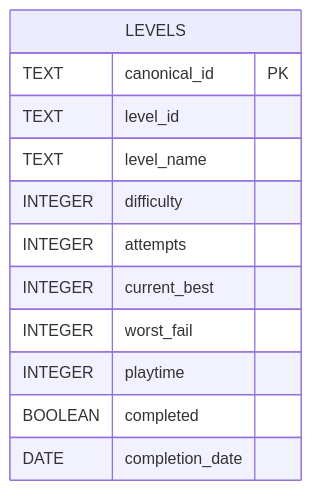
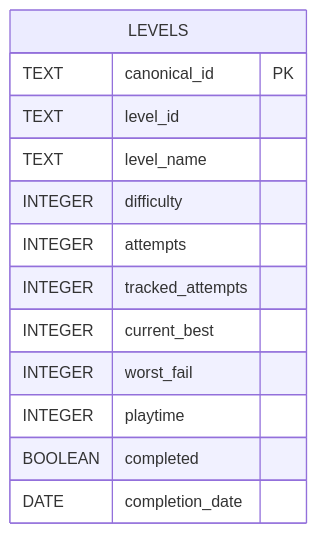
One commit to LeviTemoteo/gd-Pipeline changed the diagram in docs/database.md. Above: the diagram before and after it, drawn with Mermaid. The commit also changed other lines of this file, not shown here.

First line of the commit message:
Update database schema with tracked_attempts field

````diff
--- a/docs/database.md
+++ b/docs/database.md
@@ -9,27 +9,29 @@
 ```mermaid
 erDiagram
 
 LEVELS {
 
 TEXT canonical_id PK
 
 TEXT level_id
 
 TEXT level_name
 
 INTEGER difficulty
 
 INTEGER attempts
 
+INTEGER tracked_attempts
+
 INTEGER current_best
 
 INTEGER worst_fail
 
 INTEGER playtime
 
 BOOLEAN completed
 
 DATE completion_date
 
 }
 ```
````
